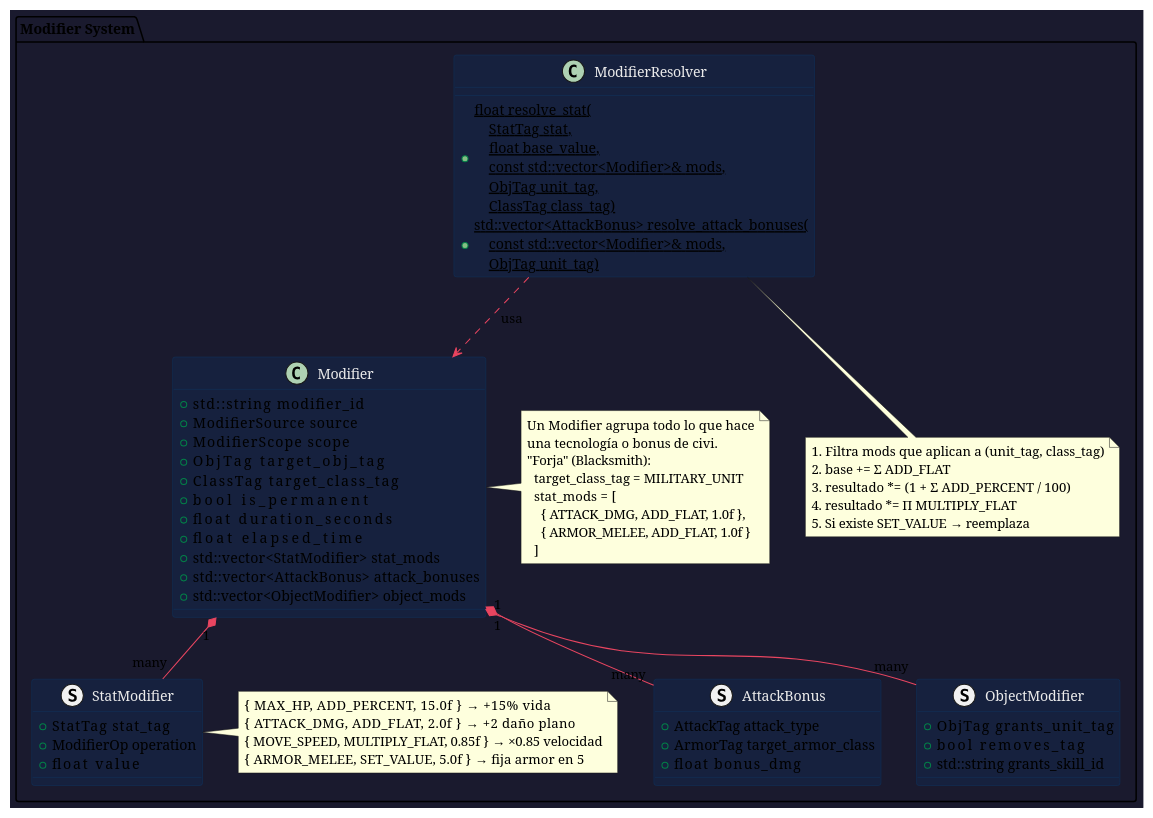
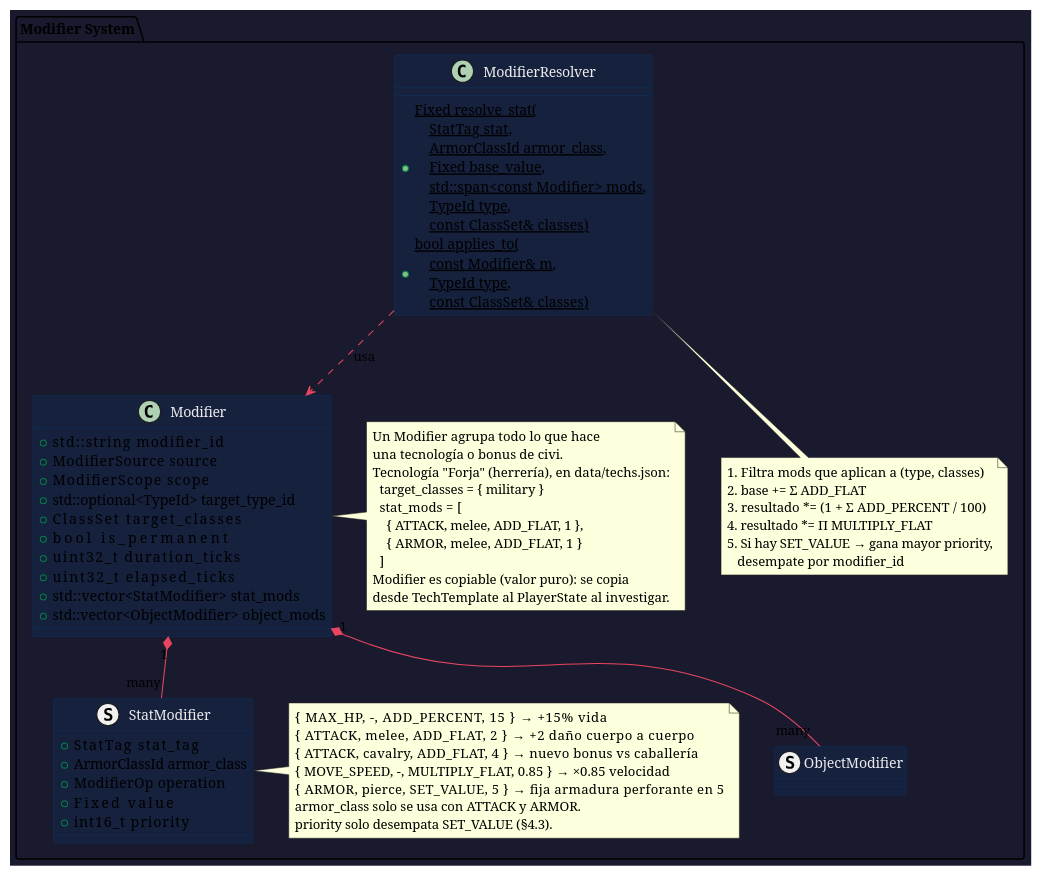
Before and after one commit to imanih-code/aoe-clone: the second of 9 diagrams in architecture.md, drawn with PlantUML. The commit also changed other lines of this file and 3 other files, not shown here.

First line of the commit message:
docs: revise design for a C++20/SFML 3 build and add roadmap

````diff
--- a/architecture.md
+++ b/architecture.md
@@ -278,80 +351,81 @@
 ```plantuml
 @startuml ModifierSystem
 skinparam backgroundColor #1a1a2e
 skinparam classBackgroundColor #16213e
 skinparam classBorderColor #0f3460
 skinparam classArrowColor #e94560
 skinparam classFontColor #eaeaea
 
 package "Modifier System" {
 
-  struct AttackBonus {
-    + AttackTag attack_type
-    + ArmorTag  target_armor_class
-    + float     bonus_dmg
-  }
-
   struct StatModifier {
-    + StatTag    stat_tag
-    + ModifierOp operation
-    + float      value
+    + StatTag      stat_tag
+    + ArmorClassId armor_class
+    + ModifierOp   operation
+    + Fixed        value
+    + int16_t      priority
   }
 
   note right of StatModifier
-    { MAX_HP,      ADD_PERCENT,   15.0f } → +15% vida
-    { ATTACK_DMG,  ADD_FLAT,       2.0f } → +2 daño plano
-    { MOVE_SPEED,  MULTIPLY_FLAT, 0.85f } → ×0.85 velocidad
-    { ARMOR_MELEE, SET_VALUE,      5.0f } → fija armor en 5
+    { MAX_HP,  -,        ADD_PERCENT,   15 } → +15% vida
+    { ATTACK,  melee,    ADD_FLAT,       2 } → +2 daño cuerpo a cuerpo
+    { ATTACK,  cavalry,  ADD_FLAT,       4 } → nuevo bonus vs caballería
+    { MOVE_SPEED, -,     MULTIPLY_FLAT, 0.85 } → ×0.85 velocidad
+    { ARMOR,   pierce,   SET_VALUE,      5 } → fija armadura perforante en 5
+    armor_class solo se usa con ATTACK y ARMOR.
+    priority solo desempata SET_VALUE (§4.3).
   end note
 
   struct ObjectModifier {
-    + ObjTag       grants_unit_tag
-    + bool         removes_tag
-    + std::string  grants_skill_id
+    ' Definido en mutability.md (Diagrama 5):
+    ' otorga/quita capabilities, triggers y skills
   }
 
   class Modifier {
     + std::string        modifier_id
     + ModifierSource     source
     + ModifierScope      scope
-    + ObjTag             target_obj_tag
-    + ClassTag           target_class_tag
+    ' ─── A quién aplica (vacío = a todos) ──────────────
+    + std::optional<TypeId> target_type_id
+    + ClassSet           target_classes
+    ' aplica si la entidad tiene ALGUNA de estas clases
     + bool               is_permanent
-    + float              duration_seconds
-    + float              elapsed_time
+    + uint32_t           duration_ticks
+    + uint32_t           elapsed_ticks
     + std::vector<StatModifier>   stat_mods
-    + std::vector<AttackBonus>    attack_bonuses
     + std::vector<ObjectModifier> object_mods
   }
 
   note right of Modifier
     Un Modifier agrupa todo lo que hace
     una tecnología o bonus de civi.
-    "Forja" (Blacksmith):
-      target_class_tag = MILITARY_UNIT
+    Tecnología "Forja" (herrería), en data/techs.json:
+      target_classes = { military }
       stat_mods = [
-        { ATTACK_DMG, ADD_FLAT, 1.0f },
-        { ARMOR_MELEE, ADD_FLAT, 1.0f }
+        { ATTACK, melee, ADD_FLAT, 1 },
+        { ARMOR,  melee, ADD_FLAT, 1 }
       ]
+    Modifier es copiable (valor puro): se copia
+    desde TechTemplate al PlayerState al investigar.
   end note
 
   class ModifierResolver {
-    + {static} float resolve_stat(\n    StatTag stat,\n    float base_value,\n    const std::vector<Modifier>& mods,\n    ObjTag unit_tag,\n    ClassTag class_tag)
-    + {static} std::vector<AttackBonus> resolve_attack_bonuses(\n    const std::vector<Modifier>& mods,\n    ObjTag unit_tag)
+    + {static} Fixed resolve_stat(\n    StatTag stat,\n    ArmorClassId armor_class,\n    Fixed base_value,\n    std::span<const Modifier> mods,\n    TypeId type,\n    const ClassSet& classes)
+    + {static} bool applies_to(\n    const Modifier& m,\n    TypeId type,\n    const ClassSet& classes)
   }
 
   note bottom of ModifierResolver
-    1. Filtra mods que aplican a (unit_tag, class_tag)
+    1. Filtra mods que aplican a (type, classes)
     2. base += Σ ADD_FLAT
     3. resultado *= (1 + Σ ADD_PERCENT / 100)
     4. resultado *= Π MULTIPLY_FLAT
-    5. Si existe SET_VALUE → reemplaza
+    5. Si hay SET_VALUE → gana mayor priority,
+       desempate por modifier_id
   end note
 
   Modifier "1" *-- "many" StatModifier
-  Modifier "1" *-- "many" AttackBonus
   Modifier "1" *-- "many" ObjectModifier
   ModifierResolver ..> Modifier : usa
 }
 @enduml
 ```
````
